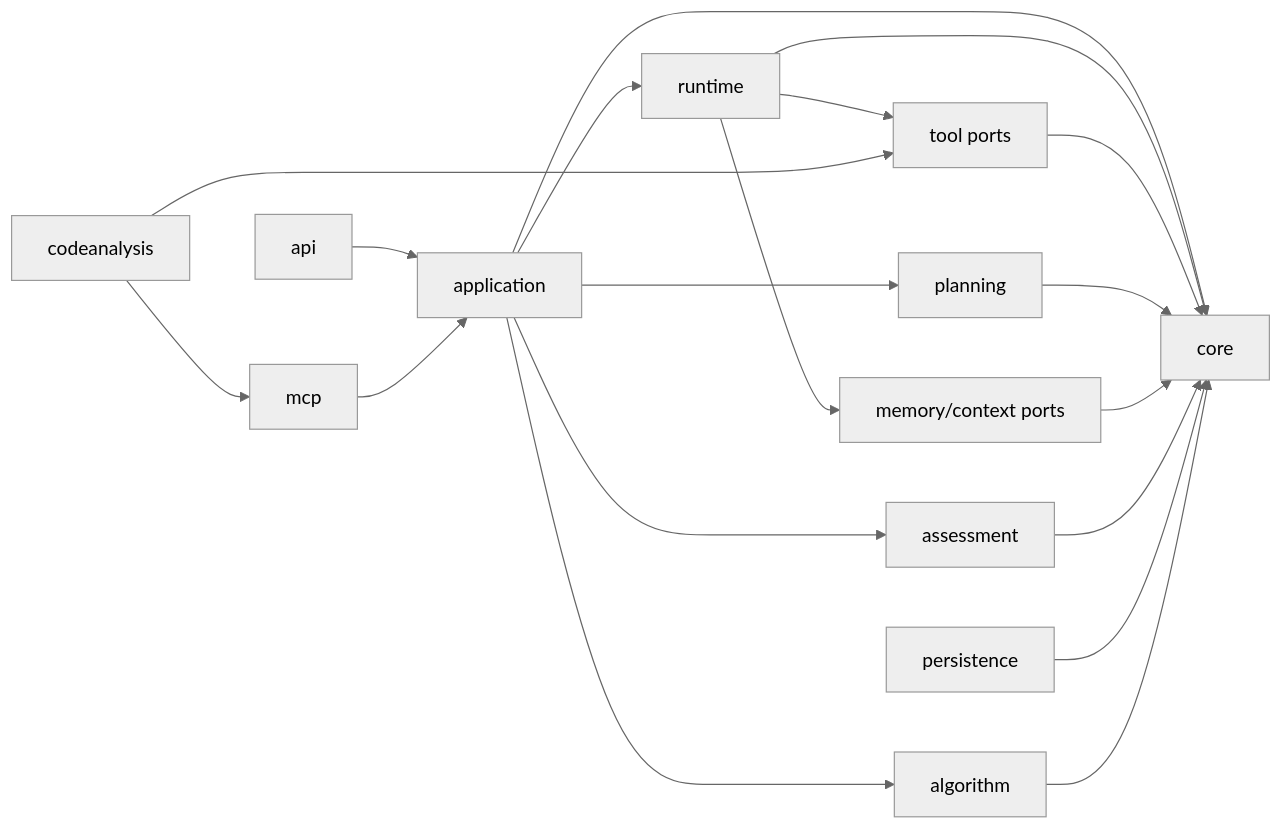
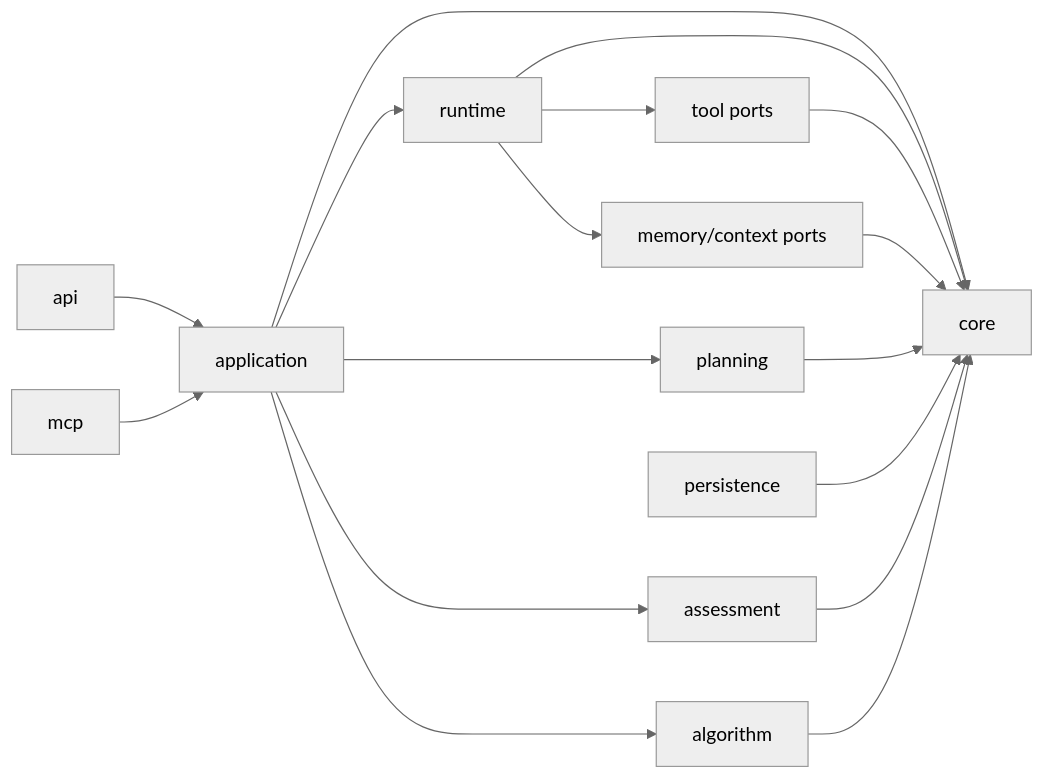
The diagram in docs/design_spec/20-implementation-modules.md (Belfast-byte/interview-guide-agent), drawn with Mermaid (neutral theme) before and after one commit. The commit also changed other lines of this file and 211 other files, not shown here.

````diff
--- a/docs/design_spec/20-implementation-modules.md
+++ b/docs/design_spec/20-implementation-modules.md
@@ -84,21 +83,19 @@
 ```mermaid
 flowchart LR
     API[api] --> APP[application]
     MCP[mcp] --> APP
     APP --> CORE[core]
     APP --> RT[runtime]
     APP --> PLAN[planning]
     APP --> ASSESS[assessment]
     APP --> ALGO[algorithm]
     RT --> CORE
     RT --> TOOL[tool ports]
     RT --> MEM[memory/context ports]
     TOOL --> CORE
     PLAN --> CORE
     MEM --> CORE
     ASSESS --> CORE
     PERSIST[persistence] --> CORE
     ALGO --> CORE
-    CODE[codeanalysis] --> MCP
-    CODE --> TOOL
 ```
````
